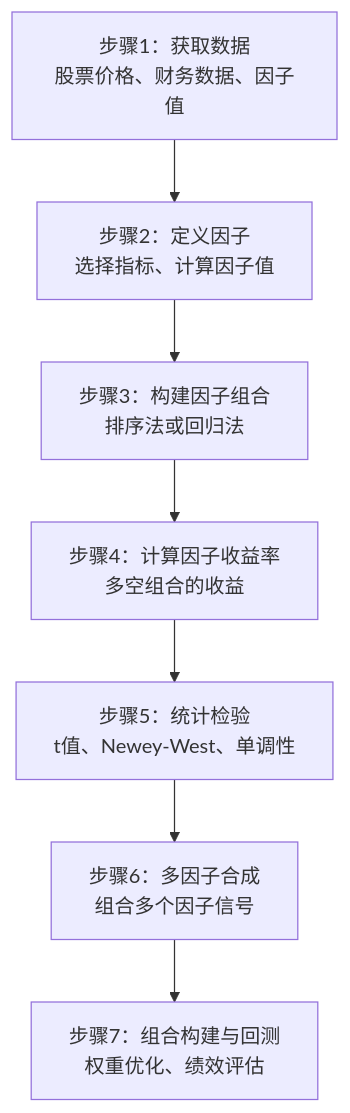
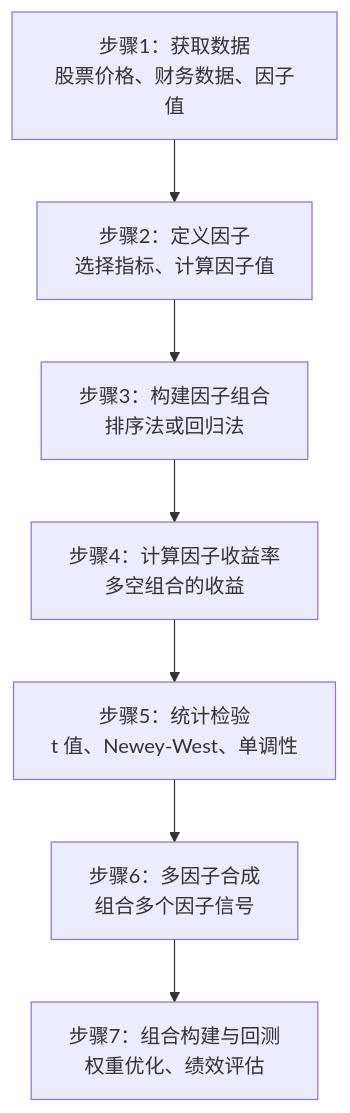
One commit to cxmokai/factor-investing-study changed the second of 3 diagrams in 因子投资/讲义/Day22-因子投资全景与排序法.md. Above: the diagram before and after it, drawn with Mermaid. The commit also changed other lines of this file and 1 other file, not shown here.

````diff
--- a/因子投资/讲义/Day22-因子投资全景与排序法.md
+++ b/因子投资/讲义/Day22-因子投资全景与排序法.md
@@ -114,9 +114,9 @@
 ```mermaid
 graph TD
     S1["步骤1：获取数据<br>股票价格、财务数据、因子值"] --> S2["步骤2：定义因子<br>选择指标、计算因子值"]
     S2 --> S3["步骤3：构建因子组合<br>排序法或回归法"]
     S3 --> S4["步骤4：计算因子收益率<br>多空组合的收益"]
-    S4 --> S5["步骤5：统计检验<br>t值、Newey-West、单调性"]
+    S4 --> S5["步骤5：统计检验<br>t 值、Newey-West、单调性"]
     S5 --> S6["步骤6：多因子合成<br>组合多个因子信号"]
     S6 --> S7["步骤7：组合构建与回测<br>权重优化、绩效评估"]
 ```
````
